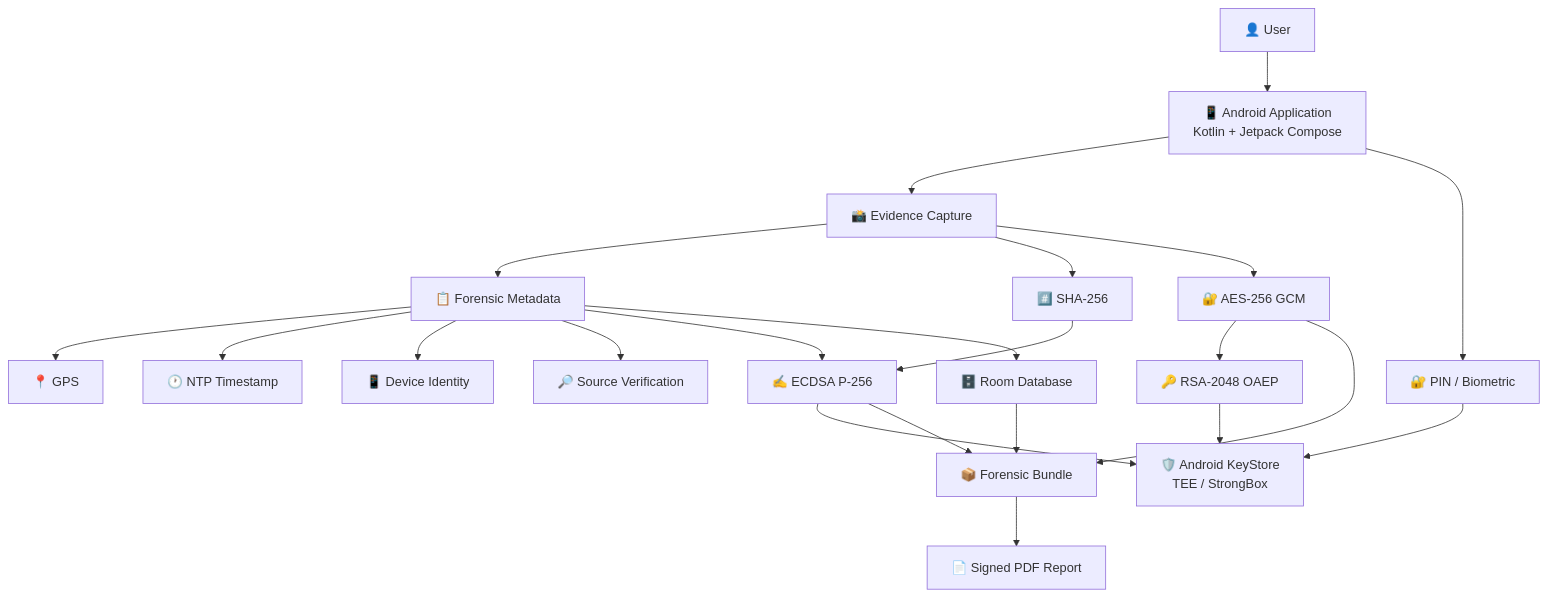
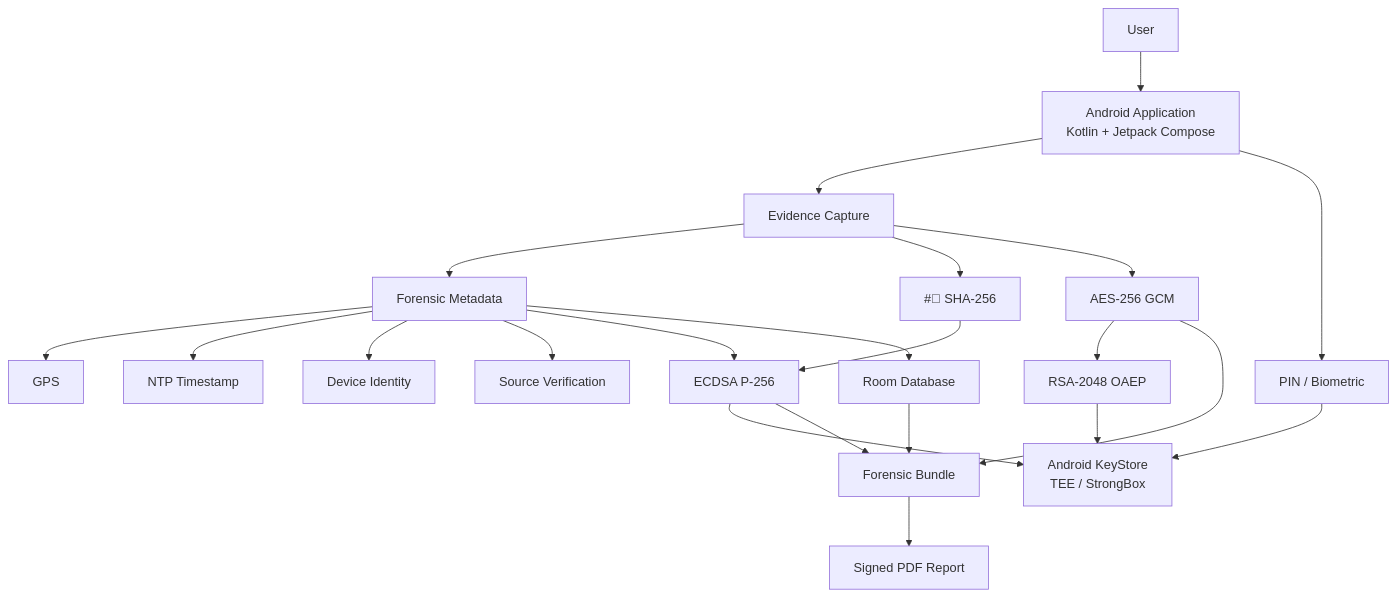
The third of 4 diagrams in README.md (EVIDA-Project/EVIDA), drawn with Mermaid before and after one commit. The commit also changed other lines of this file, not shown here.

````diff
--- a/README.md
+++ b/README.md
@@ -278,49 +270,49 @@
 ```mermaid
 flowchart TD
-    U["👤 User"]
-    APP["📱 Android Application<br/>Kotlin + Jetpack Compose"]
-    CAP["📸 Evidence Capture"]
-    META["📋 Forensic Metadata"]
-    GPS["📍 GPS"]
-    NTP["🕐 NTP Timestamp"]
-    DEV["📱 Device Identity"]
-    SRC["🔎 Source Verification"]
-    HASH["#️⃣ SHA-256"]
-    ENC["🔐 AES-256 GCM"]
-    WRAP["🔑 RSA-2048 OAEP"]
-    SIGN["✍️ ECDSA P-256"]
-    AUTH["🔐 PIN / Biometric"]
-    KS["🛡️ Android KeyStore<br/>TEE / StrongBox"]
-    DB["🗄️ Room Database"]
-    BUNDLE["📦 Forensic Bundle"]
-    PDF["📄 Signed PDF Report"]
+ U[" User"]
+ APP[" Android Application<br/>Kotlin + Jetpack Compose"]
+ CAP[" Evidence Capture"]
+ META[" Forensic Metadata"]
+ GPS[" GPS"]
+ NTP[" NTP Timestamp"]
+ DEV[" Device Identity"]
+ SRC[" Source Verification"]
+ HASH["#⃣ SHA-256"]
+ ENC[" AES-256 GCM"]
+ WRAP[" RSA-2048 OAEP"]
+ SIGN[" ECDSA P-256"]
+ AUTH[" PIN / Biometric"]
+ KS[" Android KeyStore<br/>TEE / StrongBox"]
+ DB[" Room Database"]
+ BUNDLE[" Forensic Bundle"]
+ PDF[" Signed PDF Report"]
 
-    U --> APP
-    APP --> CAP
-    APP --> AUTH
+ U --> APP
+ APP --> CAP
+ APP --> AUTH
 
-    CAP --> META
-    META --> GPS
-    META --> NTP
-    META --> DEV
-    META --> SRC
+ CAP --> META
+ META --> GPS
+ META --> NTP
+ META --> DEV
+ META --> SRC
 
-    CAP --> HASH
-    CAP --> ENC
+ CAP --> HASH
+ CAP --> ENC
 
-    ENC --> WRAP
-    HASH --> SIGN
-    META --> SIGN
+ ENC --> WRAP
+ HASH --> SIGN
+ META --> SIGN
 
-    AUTH --> KS
-    SIGN --> KS
-    WRAP --> KS
+ AUTH --> KS
+ SIGN --> KS
+ WRAP --> KS
 
-    META --> DB
+ META --> DB
 
-    ENC --> BUNDLE
-    SIGN --> BUNDLE
-    DB --> BUNDLE
+ ENC --> BUNDLE
+ SIGN --> BUNDLE
+ DB --> BUNDLE
 
-    BUNDLE --> PDF
+ BUNDLE --> PDF
 ```
````
